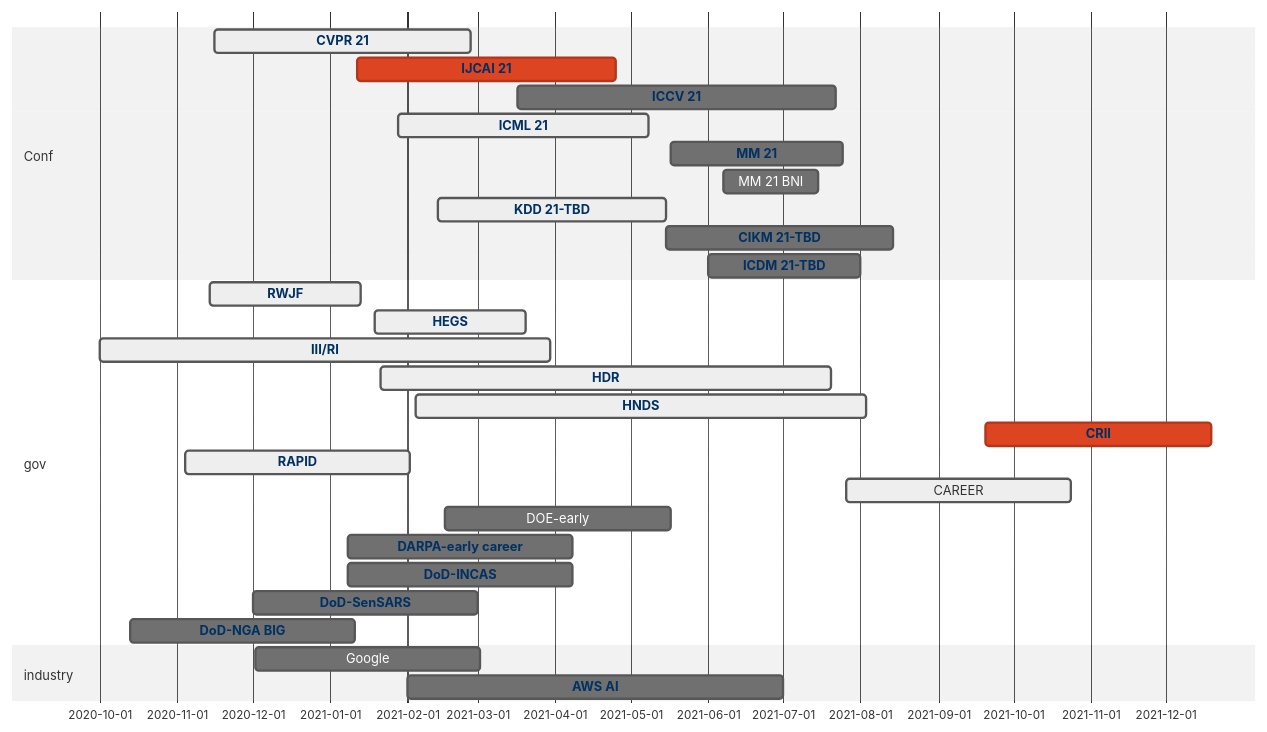
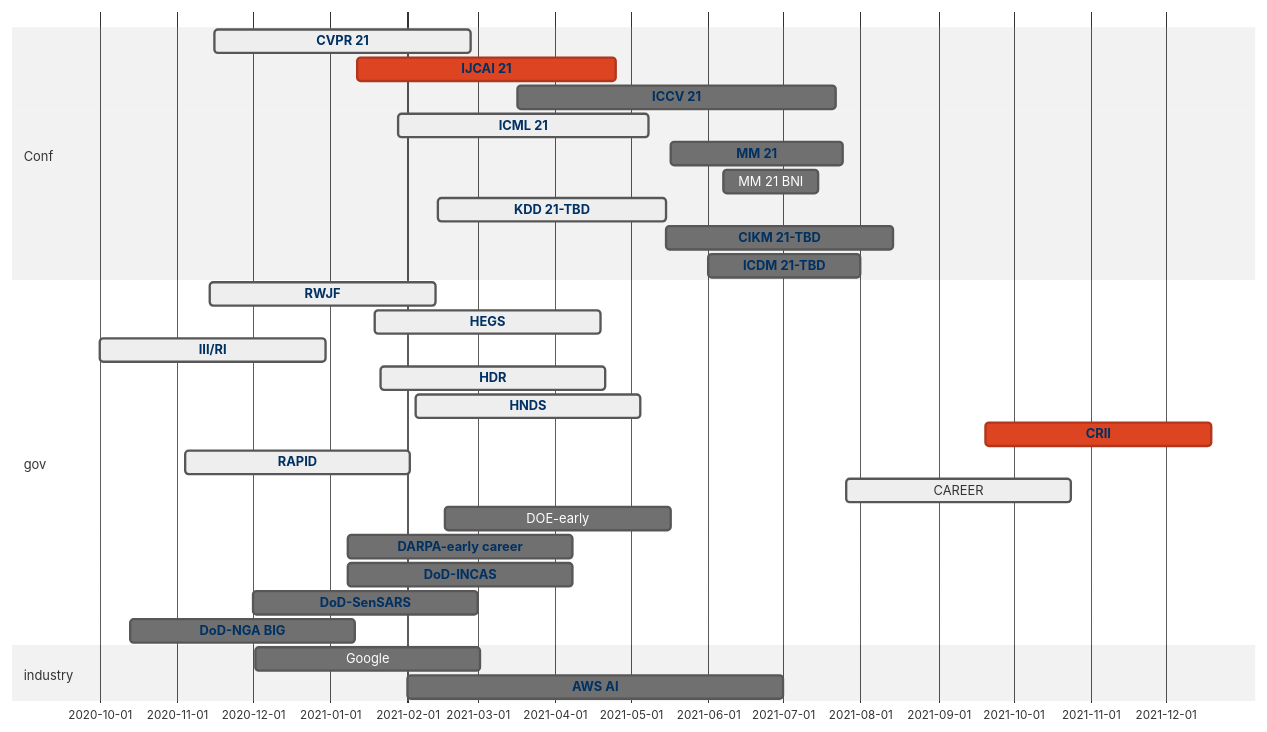
Before and after one commit to aquastar/academic-kickstart: the diagram in content/post/conf/index.md, drawn with Mermaid (neutral theme).

````diff
--- a/content/post/conf/index.md
+++ b/content/post/conf/index.md
@@ -16,54 +16,54 @@
 ```mermaid
 gantt
   dateFormat  MM/DD/YY
   section Conf
     CVPR 21 :active, cvpr, 11/16/20, 02/26/21
     IJCAI 21 :crit, ijcai, 01/12/21, 04/25/21
     ICCV 21 :iccv, 03/17/21, 07/22/21
     ICML 21:active, icml, 01/28/21, 05/08/21
     MM 21:mm, 05/17/21, 07/25/21
     MM 21 BNI:mmbni, 06/07/21, 07/15/21
     KDD 21-TBD:active, kdd, 02/13/21, 05/15/21
     CIKM 21-TBD:cikm, 05/15/21, 08/14/21
     ICDM 21-TBD:icdm, 06/01/21, 08/01/21
   section gov
-    RWJF :active, rwjf, 11/14/20, 60d
-    HEGS: active, hegs, 01/19/21, 60d
-    III/RI: active, iis, 10/01/20, 180d
-    HDR :active, hdr, 01/21/21, 180d
-    HNDS :active, hnds, 02/04/21, 180d
+    RWJF :active, rwjf, 11/14/20, 90d
+    HEGS: active, hegs, 01/19/21, 90d
+    III/RI: active, iis, 10/01/20, 90d
+    HDR :active, hdr, 01/21/21, 90d
+    HNDS :active, hnds, 02/04/21, 90d
     CRII :crit, crii, 09/20/21, 90d 
     RAPID:active, rapid, 11/04/20, 90d
     CAREER:active, career, 07/26/21, 90d
     DOE-early: doe, 02/16/21, 90d 
     DARPA-early career: darpa, 01/08/21, 90d
     DoD-INCAS: incas, 01/08/21, 90d
     DoD-SenSARS: sensars, 12/01/20, 90d
     DoD-NGA BIG:nga, 10/13/20, 90d
   section industry
     Google: google, 12/02/20, 90d
     AWS AI: aws, 02/01/21, 07/01/21
 
   click nga href "https://beta.sam.gov/opp/3c218648f9f04658840e478a7f1048e1/view?keywords=HM0476-20-BAA-0001&sort=-relevance&index=&is_active=true&page=1"
   click sensars href "https://beta.sam.gov/opp/a84f1af107334afcbf39d885d8f668a3/view"
   click aws href "https://www.amazon.science/research-awards/call-for-proposals/aws-ai"
   click incas href "https://beta.sam.gov/opp/6bbca26d91df4eff96b4edfa2386c35f/view?keywords=incas&sort=-relevance&index=&is_active=true&page=1"
   click darpa href "https://www.darpa.mil/work-with-us/for-universities/young-faculty-award"
   click deo href "https://www.grants.gov/web/grants/search-grants.html"
   click cvpr href "http://cvpr2021.thecvf.com/"
   click iccv href "http://iccv2021.thecvf.com/"
   click icml href "https://icml.cc/Conferences/2021"
   click ijcai href "http://www.ijcai-21.org/"
   click kdd href "http://www.kdd.org/kdd2021"
   click www href "https://www2021.thewebconf.org/"
   click cikm href "https://www.cikm2021.org/"
   click icdm href "http://icdm2021.bigke.org"
   click mm href "https://2020.acmmm.org/index.html"
   click crii href "https://www.nsf.gov/funding/pgm_summ.jsp?pims_id=504952"
   click hdr href "https://www.nsf.gov/funding/pgm_summ.jsp?pims_id=505828&org=NSF&sel_org=CISE&from=fund"
   click hnds href "https://www.nsf.gov/funding/pgm_summ.jsp?pims_id=505702"
   click rwjf href "https://anr.rwjf.org/viewCfp.do?cfpId=1509&cfpOverviewId="
   click iis href "https://www.nsf.gov/funding/pgm_summ.jsp?pims_id=505667&org=NSF"
   click hegs href "https://www.nsf.gov/funding/pgm_summ.jsp?pims_id=505745&org=NSF&sel_org=NSF&from=fund"
   click rapid href "https://www.nsf.gov/news/special_reports/coronavirus/"
 ```
````
